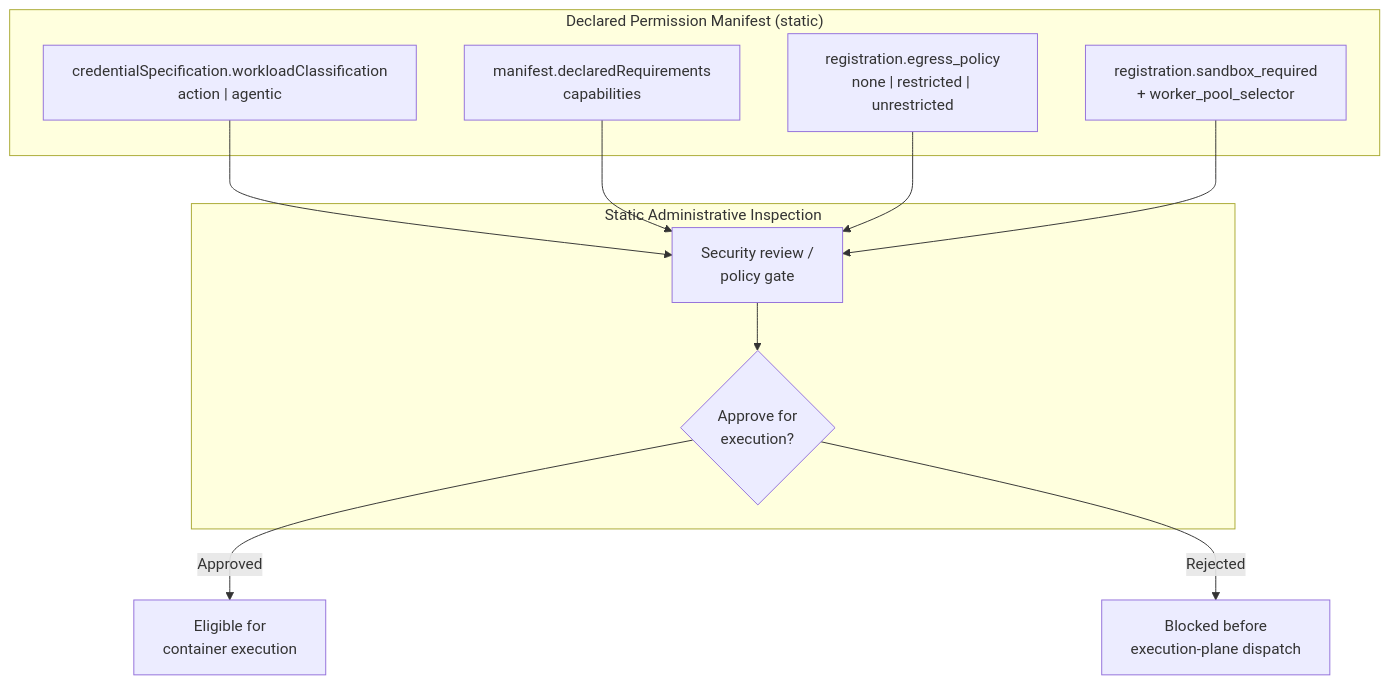
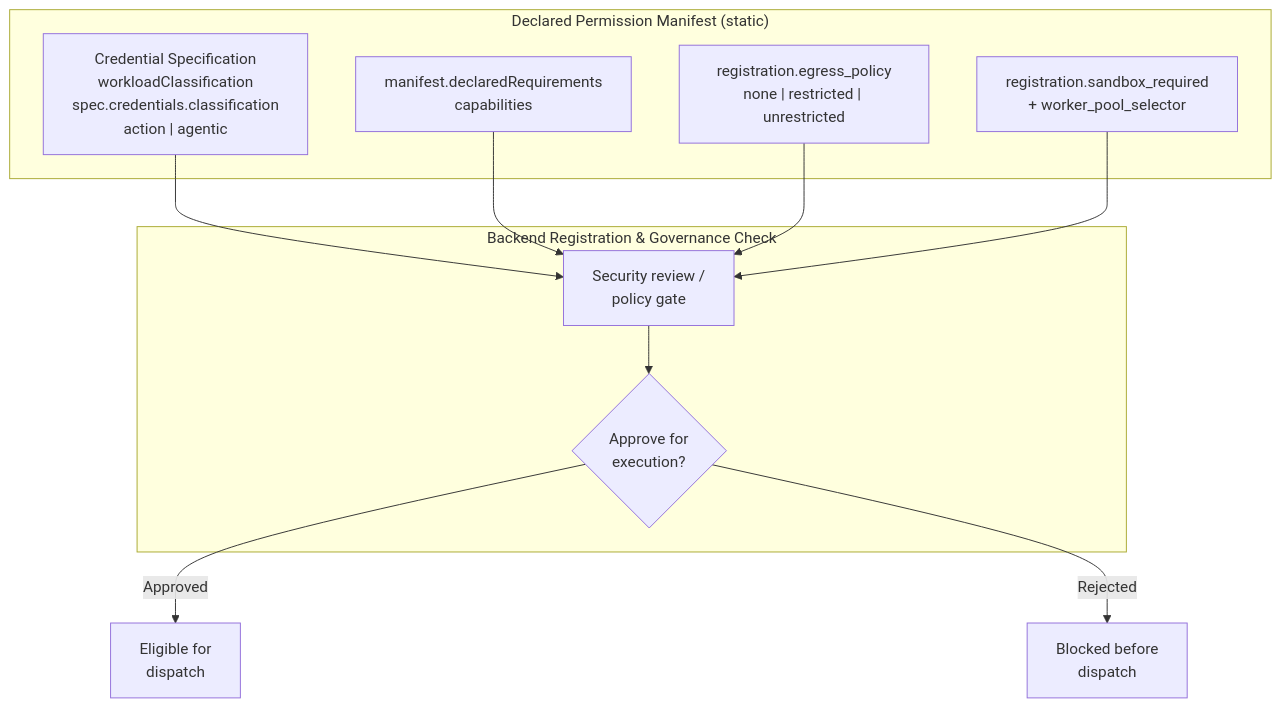
The seventh of 7 diagrams in docs/architecture.md (syntara-orchestration/syntara-node-sdk), drawn with Mermaid before and after one commit. The commit also changed other lines of this file and 7 other files, not shown here.

Commit message:
fix: align subworkflow_trigger node with feature architecture

````diff
--- a/docs/architecture.md
+++ b/docs/architecture.md
@@ -530,22 +536,22 @@
 ```mermaid
 graph TB
     subgraph MANIFEST["Declared Permission Manifest (static)"]
-        WC["credentialSpecification.workloadClassification<br/>action | agentic"]
+        WC["Credential Specification<br/>workloadClassification<br/>spec.credentials.classification<br/>action | agentic"]
         REQS["manifest.declaredRequirements<br/>capabilities"]
         CONN["registration.egress_policy<br/>none | restricted | unrestricted"]
         CAPS["registration.sandbox_required<br/>+ worker_pool_selector"]
     end
 
-    subgraph AUDIT["Static Administrative Inspection"]
+    subgraph AUDIT["Backend Registration & Governance Check"]
         REVIEW["Security review /<br/>policy gate"]
         DECISION{"Approve for<br/>execution?"}
     end
 
     WC --> REVIEW
     REQS --> REVIEW
     CONN --> REVIEW
     CAPS --> REVIEW
     REVIEW --> DECISION
-    DECISION -->|Approved| ALLOW["Eligible for<br/>container execution"]
-    DECISION -->|Rejected| BLOCK["Blocked before<br/>execution-plane dispatch"]
+    DECISION -->|Approved| ALLOW["Eligible for<br/>dispatch"]
+    DECISION -->|Rejected| BLOCK["Blocked before<br/>dispatch"]
 ```
````
